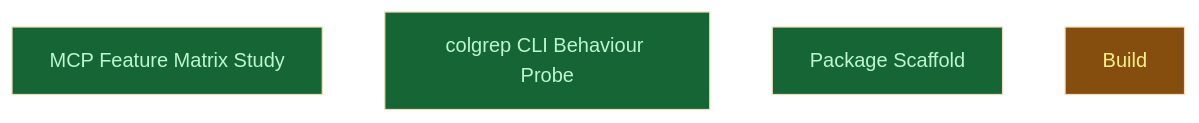
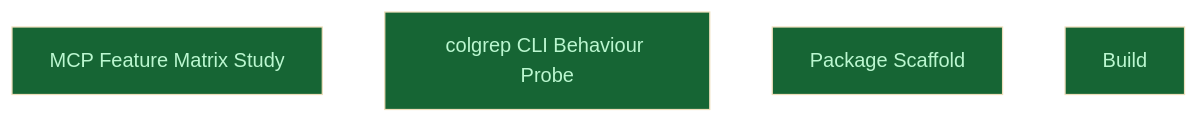
One commit to CrackingShells/colgrep-mcp changed the diagram in __roadmap__/colgrep_mcp/README.md. Above: the diagram before and after it, drawn with Mermaid (base theme). The commit also changed other lines of this file and 5 other files, not shown here.

Commit message:
docs(roadmap): close campaign colgrep_mcp — all nodes done

````diff
--- a/__roadmap__/colgrep_mcp/README.md
+++ b/__roadmap__/colgrep_mcp/README.md
@@ -29,12 +29,12 @@
 ```mermaid
 graph TD
     research_mcp_features[MCP Feature Matrix Study]:::done
     research_colgrep_behaviour[colgrep CLI Behaviour Probe]:::done
     scaffold_package[Package Scaffold]:::done
-    build[Build]:::inprogress
+    build[Build]:::done
     classDef done       fill:#166534,color:#bbf7d0
     classDef inprogress fill:#854d0e,color:#fef08a
     classDef planned    fill:#374151,color:#e5e7eb
     classDef amendment  fill:#1e3a5f,color:#bfdbfe
     classDef blocked    fill:#7f1d1d,color:#fecaca
 ```
````
